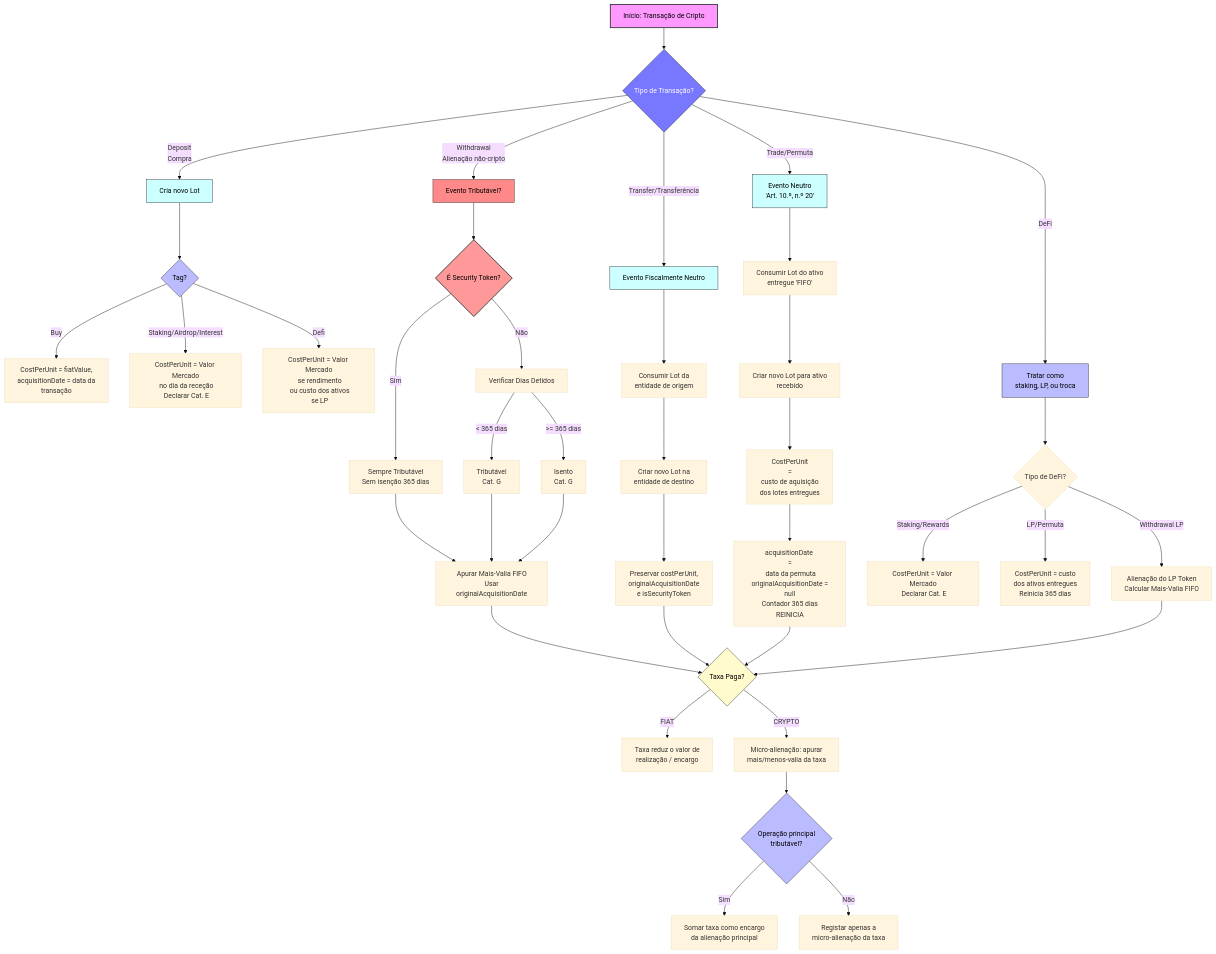
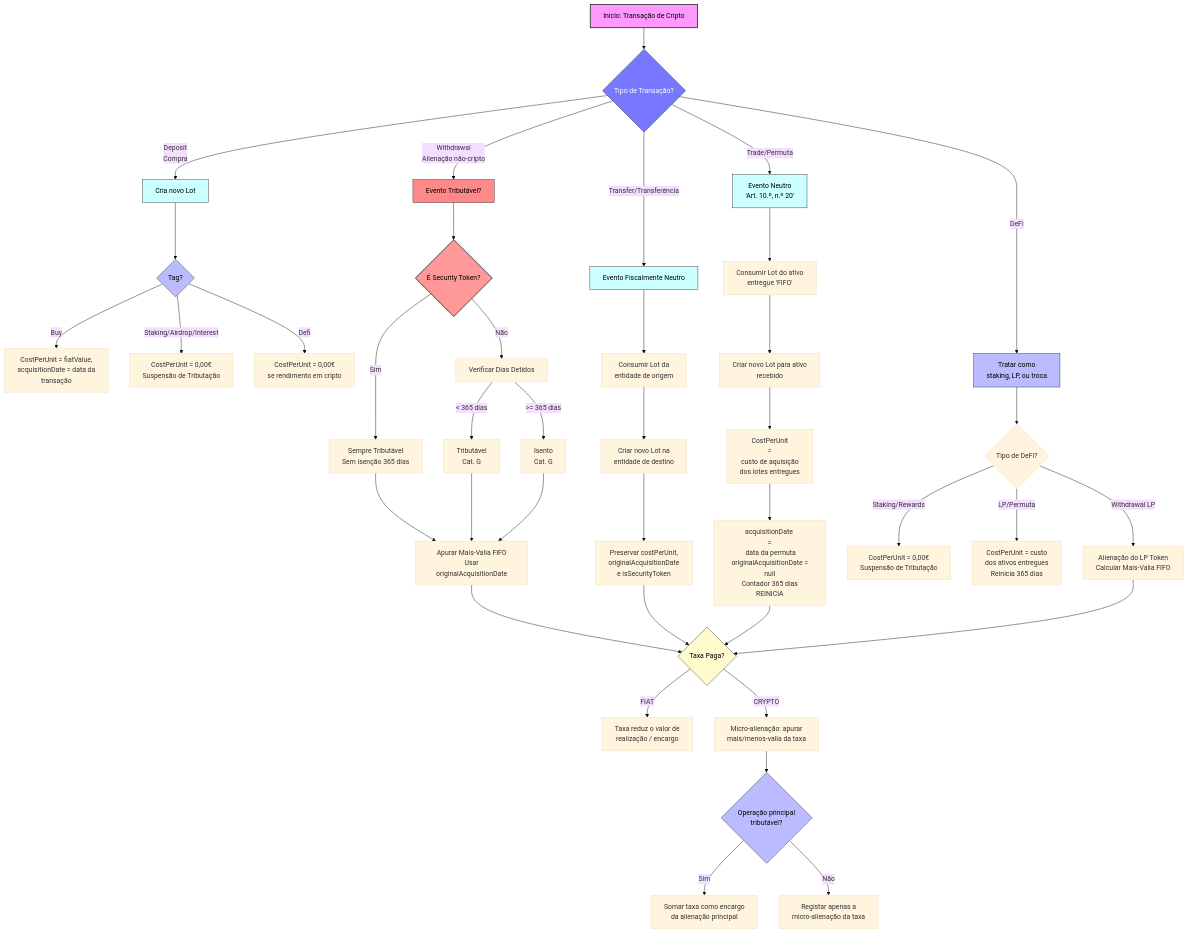
One commit to marotoweb/declaracriptopt changed the diagram in fluxograma.mermaid. Above: the diagram before and after it, drawn with Mermaid (base theme).

Commit message:
Update to v1.5

```diff
--- a/fluxograma.mermaid
+++ b/fluxograma.mermaid
@@ -1,57 +1,57 @@
 flowchart TD
   A[Início: Transação de Cripto] --> B{Tipo de Transação?}
 
   B -->|Deposit<br>Compra| C[Cria novo Lot]
   C --> C1{Tag?}
   C1 -->|Buy| C2[CostPerUnit = fiatValue,<br> acquisitionDate = data da <br>transação]
-  C1 -->|Staking/Airdrop/Interest| C3[CostPerUnit = Valor Mercado<br> no dia da receção<br> Declarar Cat. E]
-  C1 -->|Defi| C4[CostPerUnit = Valor Mercado<br> se rendimento<br> ou custo dos ativos<br> se LP]
+  C1 -->|Staking/Airdrop/Interest| C3[CostPerUnit = 0,00€<br>Suspensão de Tributação]
+  C1 -->|Defi| C4[CostPerUnit = 0,00€<br> se rendimento em cripto]
 
   B -->|Withdrawal<br>Alienação não-cripto| D[Evento Tributável?]
   D --> D1{É Security Token?}
   D1 -->|Sim| D2[Sempre Tributável<br> Sem isenção 365 dias]
   D1 -->|Não| D3[Verificar Dias Detidos]
   D3 -->|< 365 dias| D4[Tributável<br> Cat. G]
   D3 -->|&gt= 365 dias| D5[Isento<br> Cat. G]
   D2 & D4 & D5 --> D6[Apurar Mais-Valia FIFO<br> Usar originalAcquisitionDate]
 
   B -->|Transfer/Transferência| E[Evento Fiscalmente Neutro]
   E --> E1[Consumir Lot da<br> entidade de origem]
   E1 --> E2[Criar novo Lot na<br> entidade de destino]
   E2 --> E3[Preservar costPerUnit,<br> originalAcquisitionDate<br> e isSecurityToken]
 
   B -->|Trade/Permuta| F["Evento Neutro<br> 'Art. 10.º, n.º 20'"]
   F --> F1[Consumir Lot do ativo<br> entregue 'FIFO']
   F1 --> F2[Criar novo Lot para ativo<br> recebido]
   F2 --> F3[CostPerUnit <br>=<br> custo de aquisição<br> dos lotes entregues]
   F3 --> F4[acquisitionDate <br>=<br> data da permuta<br> originalAcquisitionDate = null<br> Contador 365 dias REINICIA]
 
   B -->|DeFi| G[Tratar como<br> staking, LP, ou troca]
   G --> G1{Tipo de DeFi?}
-  G1 -->|Staking/Rewards| G2[CostPerUnit = Valor Mercado<br> Declarar Cat. E]
+  G1 -->|Staking/Rewards| G2[CostPerUnit = 0,00€<br>Suspensão de Tributação]
   G1 -->|LP/Permuta| G3[CostPerUnit = custo<br> dos ativos entregues<br> Reinicia 365 dias]
   G1 -->|Withdrawal LP| G4[Alienação do LP Token<br> Calcular Mais-Valia FIFO]
 
   %% Taxas
   D6 --> H{Taxa Paga?}
   E3 --> H
   F4 --> H
   G4 --> H
 
   H -->|FIAT| H1[Taxa reduz o valor de<br> realização / encargo]
   H -->|CRYPTO| H2[Micro-alienação: apurar<br> mais/menos-valia da taxa]
   H2 --> H3{Operação principal<br> tributável?}
   H3 -->|Sim| H4[Somar taxa como encargo<br> da alienação principal]
   H3 -->|Não| H5[Registar apenas a<br> micro-alienação da taxa]
 
   style A fill:#f9f,stroke:#333,stroke-width:2px,color:#000
   style B fill:#77f,stroke:#333,stroke-width:1px,color:#fff
   style C fill:#cff,stroke:#333,stroke-width:1px,color:#000
   style D fill:#f88,stroke:#333,stroke-width:1px,color:#000
   style E fill:#cff,stroke:#333,stroke-width:1px,color:#000
   style F fill:#cff,stroke:#333,stroke-width:1px,color:#000
   style G fill:#bbf,stroke:#333,stroke-width:1px,color:#000
   style H fill:#fffbcc,stroke:#333,stroke-width:1px,color:#000
   style D1 fill:#ff9999,stroke:#333,stroke-width:2px,color:#000
   style C1 fill:#bbf,stroke:#333,stroke-width:1px,color:#000
   style H3 fill:#bbf,stroke:#333,stroke-width:1px,color:#000
```
